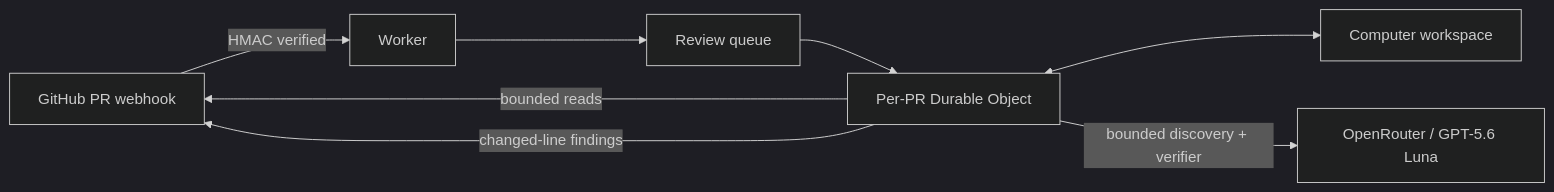
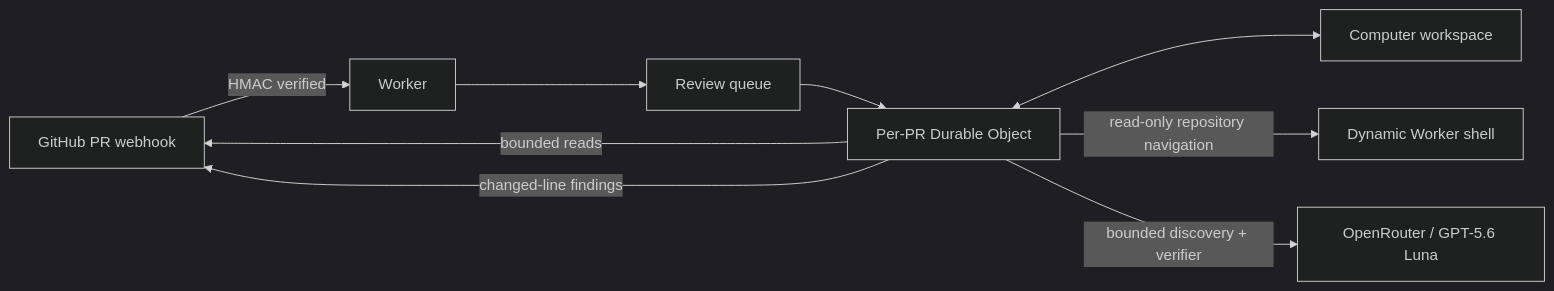
One commit to Derpedyea/gaston changed the diagram in README.md. Above: the diagram before and after it, drawn with Mermaid (dark theme). The commit also changed other lines of this file and 16 other files, not shown here.

First line of the commit message:
Add read-only repository terminal navigation

````diff
--- a/README.md
+++ b/README.md
@@ -56,10 +61,11 @@
 ```mermaid
 flowchart LR
   GH[GitHub PR webhook] -->|HMAC verified| W[Worker]
   W --> Q[Review queue]
   Q --> DO[Per-PR Durable Object]
   DO <--> FS[Computer workspace]
+  DO -->|read-only repository navigation| DW[Dynamic Worker shell]
   DO -->|bounded reads| GH
   DO -->|bounded discovery + verifier| OR[OpenRouter / GPT-5.6 Luna]
   DO -->|changed-line findings| GH
 ```
````
